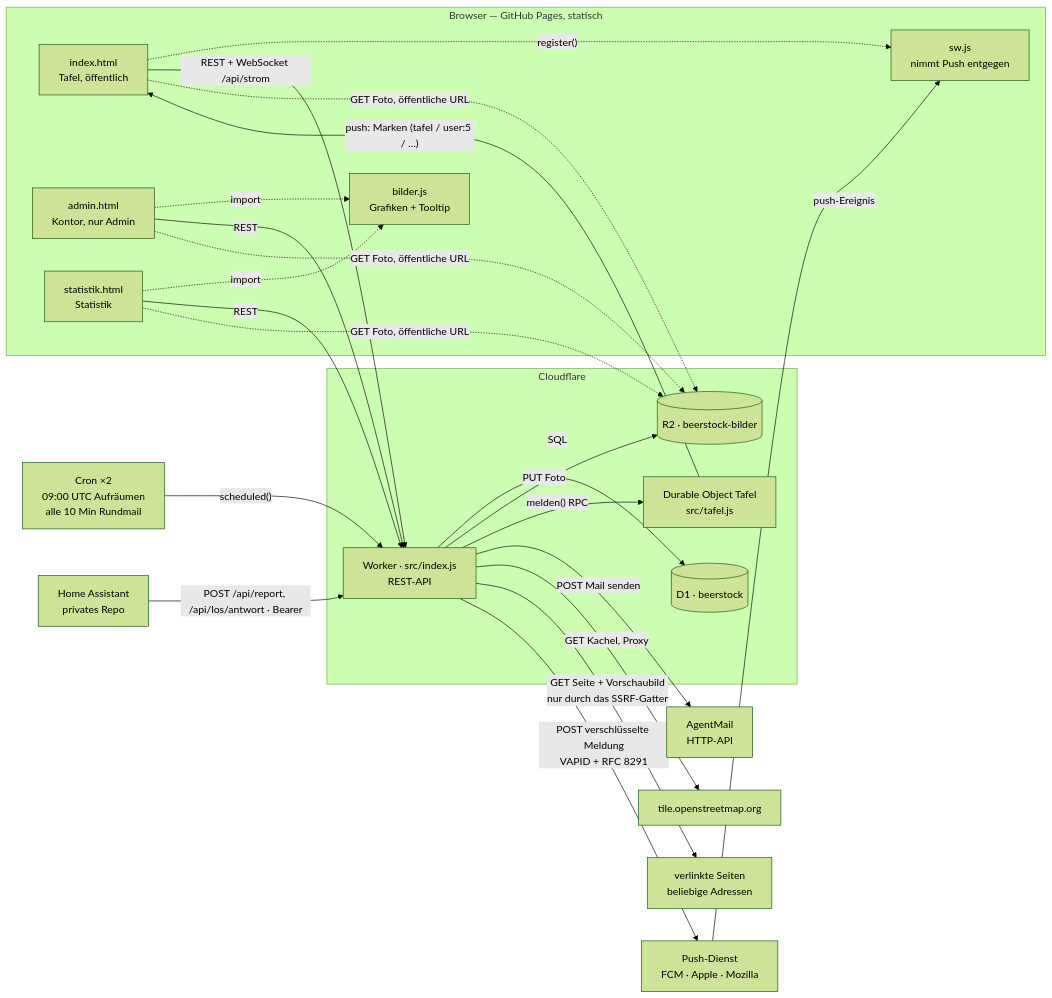
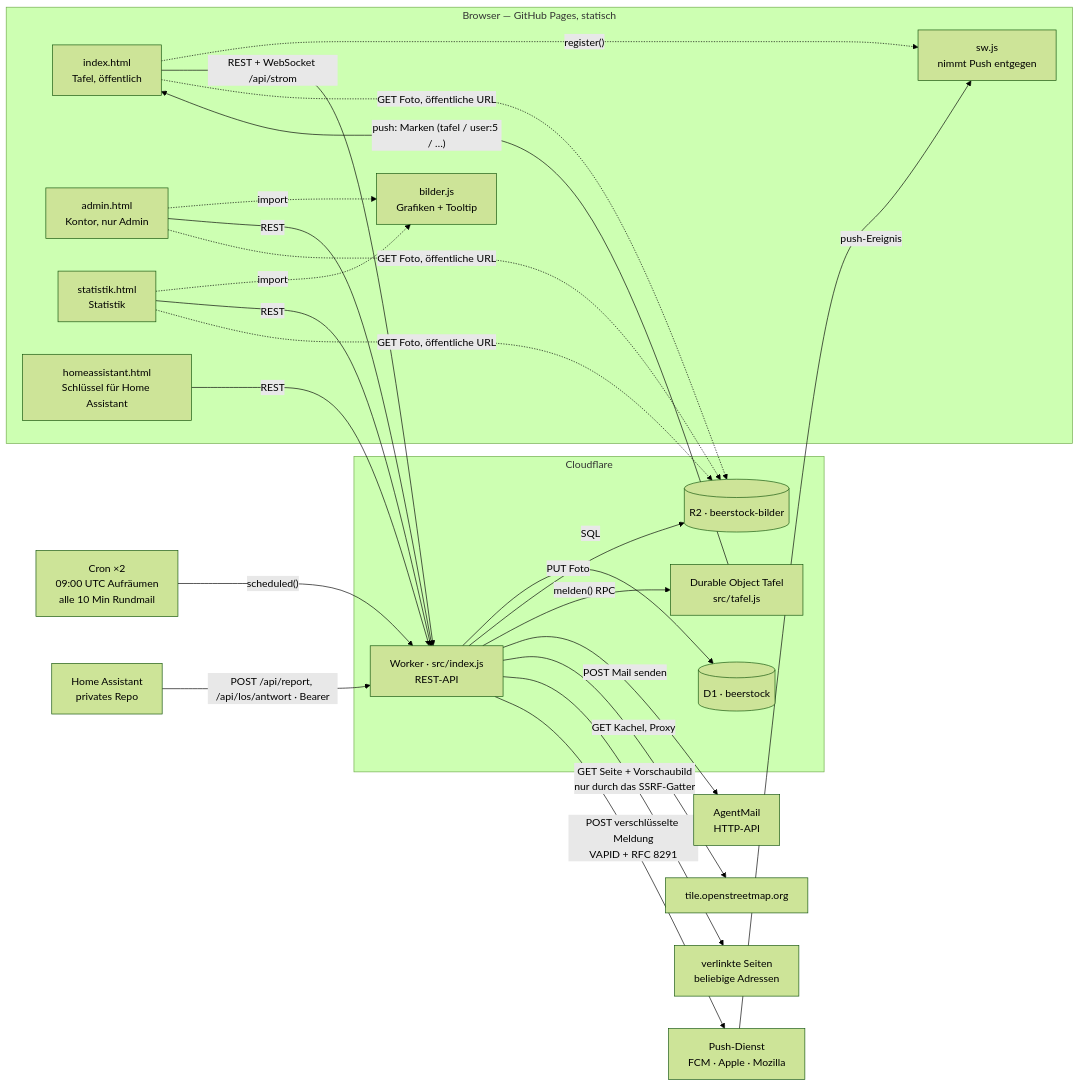
Before and after one commit to Schnix84/beerstock: the diagram in README.md, drawn with Mermaid (forest theme). The commit also changed other lines of this file and 5 other files, not shown here.

````diff
--- a/README.md
+++ b/README.md
@@ -478,47 +478,49 @@
 ```mermaid
 flowchart LR
     subgraph Browser["Browser — GitHub Pages, statisch"]
         Tafel["index.html<br/>Tafel, öffentlich"]
         Kontor["admin.html<br/>Kontor, nur Admin"]
         Statistik["statistik.html<br/>Statistik"]
+        Haus["homeassistant.html<br/>Schlüssel für Home Assistant"]
         Bilder["bilder.js<br/>Grafiken + Tooltip"]
         SW["sw.js<br/>nimmt Push entgegen"]
         Kontor -. "import" .-> Bilder
         Statistik -. "import" .-> Bilder
         Tafel -. "register()" .-> SW
     end
 
     subgraph CF["Cloudflare"]
         Worker["Worker · src/index.js<br/>REST-API"]
         DO["Durable Object Tafel<br/>src/tafel.js"]
         D1[("D1 · beerstock")]
         R2[("R2 · beerstock-bilder")]
     end
 
     Cron["Cron ×2<br/>09:00 UTC Aufräumen<br/>alle 10 Min Rundmail"]
     Mail["AgentMail<br/>HTTP-API"]
     OSM["tile.openstreetmap.org"]
     HA["Home Assistant<br/>privates Repo"]
     Web["verlinkte Seiten<br/>beliebige Adressen"]
     Push["Push-Dienst<br/>FCM · Apple · Mozilla"]
 
     Tafel -- "REST + WebSocket /api/strom" --> Worker
     Kontor -- "REST" --> Worker
     Statistik -- "REST" --> Worker
+    Haus -- "REST" --> Worker
     Tafel -. "GET Foto, öffentliche URL" .-> R2
     Kontor -. "GET Foto, öffentliche URL" .-> R2
     Statistik -. "GET Foto, öffentliche URL" .-> R2
 
     Worker -- "SQL" --> D1
     Worker -- "PUT Foto" --> R2
     Worker -- "melden() RPC" --> DO
     DO -- "push: Marken (tafel / user:5 / …)" --> Tafel
 
     Cron -- "scheduled()" --> Worker
     Worker -- "POST Mail senden" --> Mail
     Worker -- "GET Kachel, Proxy" --> OSM
     Worker -- "GET Seite + Vorschaubild<br/>nur durch das SSRF-Gatter" --> Web
     HA -- "POST /api/report, /api/los/antwort · Bearer" --> Worker
     Worker -- "POST verschlüsselte Meldung<br/>VAPID + RFC 8291" --> Push
     Push -- "push-Ereignis" --> SW
 ```
````
